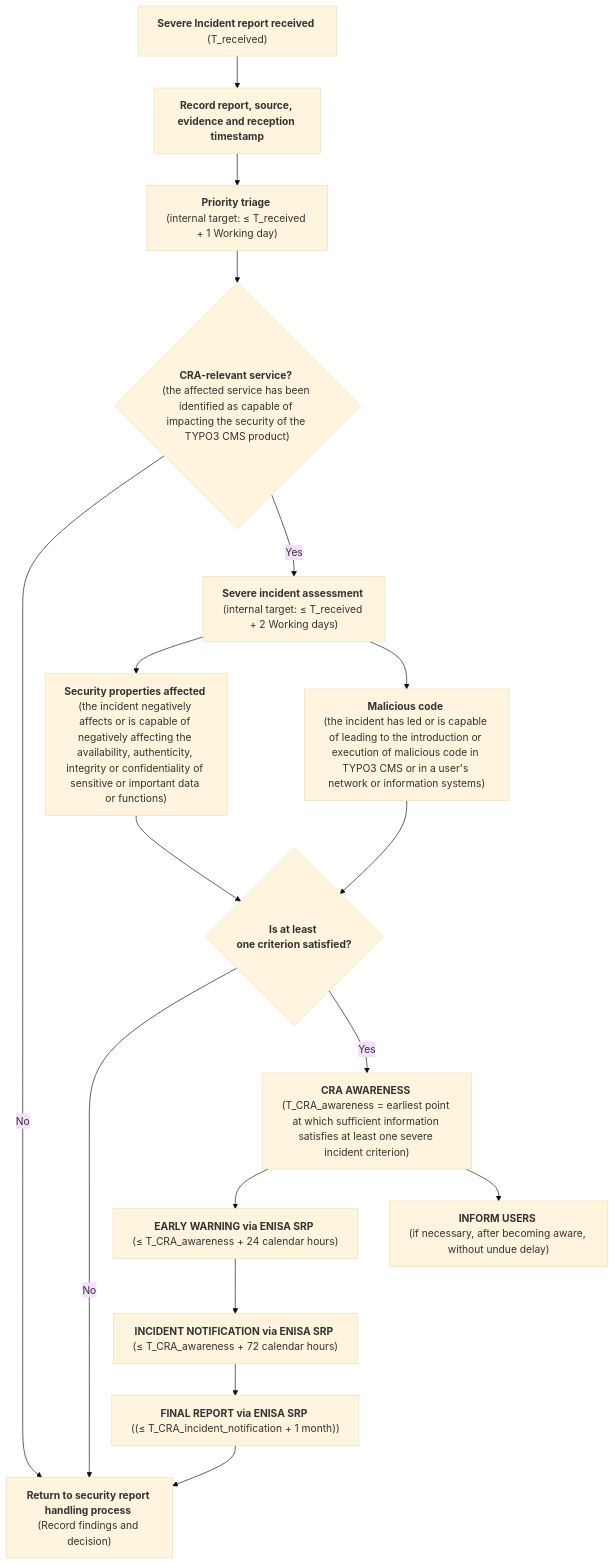
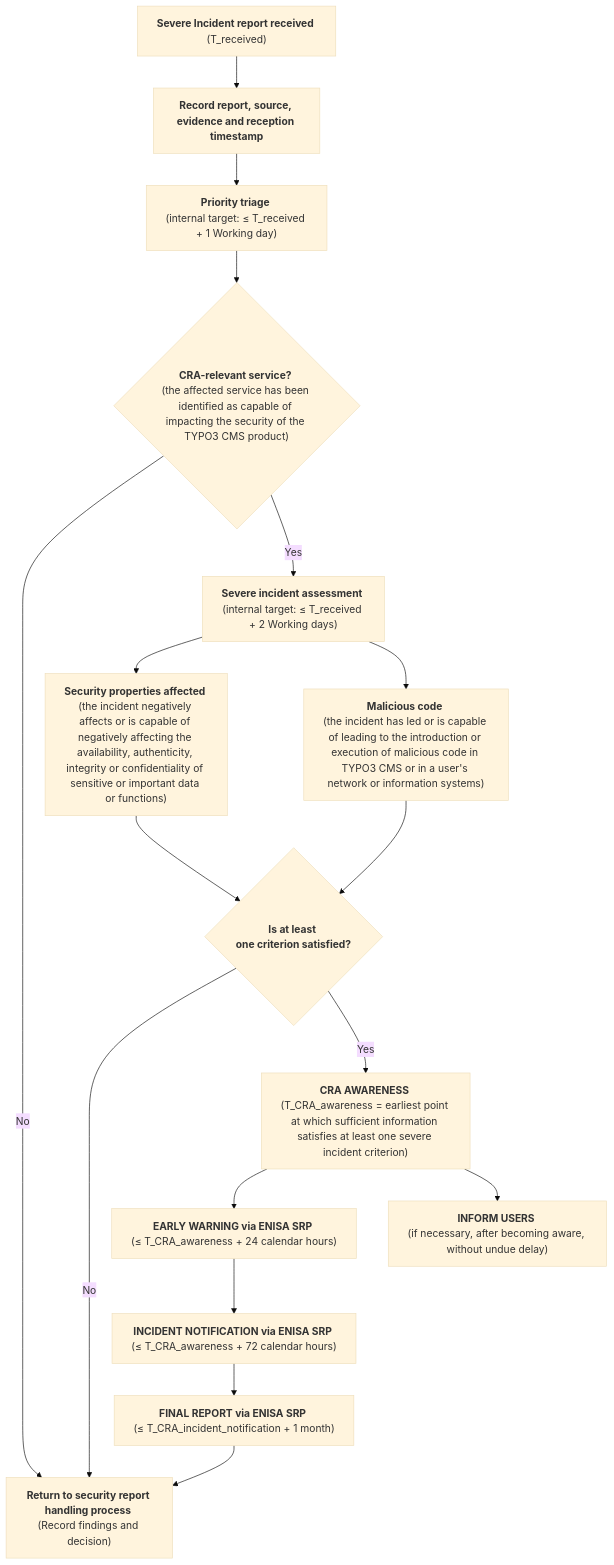
One commit to rfoucard/cra-fast-track changed the diagram in templates/severe-incident-process.md. Above: the diagram before and after it, drawn with Mermaid (base theme).

````diff
--- a/templates/severe-incident-process.md
+++ b/templates/severe-incident-process.md
@@ -15,34 +15,34 @@
 ```mermaid
 flowchart TD
 
     A["<strong>Severe&nbsp;Incident&nbsp;report&nbsp;received</strong> \n(T_received)"] --> B["<strong>Record&nbsp;report,&nbsp;source, evidence and reception timestamp</strong>"]
 
     B --> C["<strong>Priority triage</strong> \n(internal&nbsp;target:&nbsp;≤&nbsp;T_received + 1 Working day)"]
 
     C --> D{"<strong>CRA-relevant service?</strong> (the&nbsp;affected&nbsp;service&nbsp;has&nbsp;been identified as capable of impacting the security of the TYPO3 CMS product)"}
 
     D -- "No" --> X["<strong>Return&nbsp;to&nbsp;security&nbsp;report handling&nbsp;process</strong> \n(Record findings and decision)"]
 
     D -- "Yes" --> E["<strong>Severe&nbsp;incident&nbsp;assessment</strong> \n(internal&nbsp;target:&nbsp;≤&nbsp;T_received + 2 Working days)"]
 
     E --> F["<strong>Security&nbsp;properties&nbsp;affected</strong> (the incident negatively affects or is capable of negatively affecting the availability, authenticity, integrity or confidentiality of sensitive or important data or functions)"]
 
     E --> G["<strong>Malicious&nbsp;code</strong> (the&nbsp;incident&nbsp;has&nbsp;led&nbsp;or&nbsp;is&nbsp;capable of leading to the introduction or execution of malicious code in TYPO3 CMS or in a user's network or information systems)"]
 
     F --> J{"<strong>Is at least one&nbsp;criterion&nbsp;satisfied?</strong>"}
     G --> J
 
     J -- "No" --> X
     J -- "Yes" --> L["<strong>CRA AWARENESS</strong> \n(T_CRA_awareness&nbsp;=&nbsp;earliest&nbsp;point at which sufficient information satisfies at least one severe incident criterion)"]
 
     L --> M["<strong>EARLY WARNING via ENISA SRP</strong> \n(≤&nbsp;T_CRA_awareness&nbsp;+&nbsp;24&nbsp;calendar&nbsp;hours)"]
 
     M --> N["<strong>INCIDENT NOTIFICATION via ENISA SRP</strong> \n(≤&nbsp;T_CRA_awareness&nbsp;+&nbsp;72&nbsp;calendar&nbsp;hours)"]
 
-    N --> O["<strong>FINAL REPORT via ENISA SRP</strong> \n((≤&nbsp;T_CRA_incident_notification&nbsp;+&nbsp;1&nbsp;month))"]
+    N --> O["<strong>FINAL REPORT via ENISA SRP</strong> \n(≤&nbsp;T_CRA_incident_notification&nbsp;+&nbsp;1&nbsp;month)"]
 
     O --> X
 
     L --> U["<strong>INFORM USERS</strong> \n(if&nbsp;necessary,&nbsp;after&nbsp;becoming&nbsp;aware, without undue delay)"]
 
 ```
````
